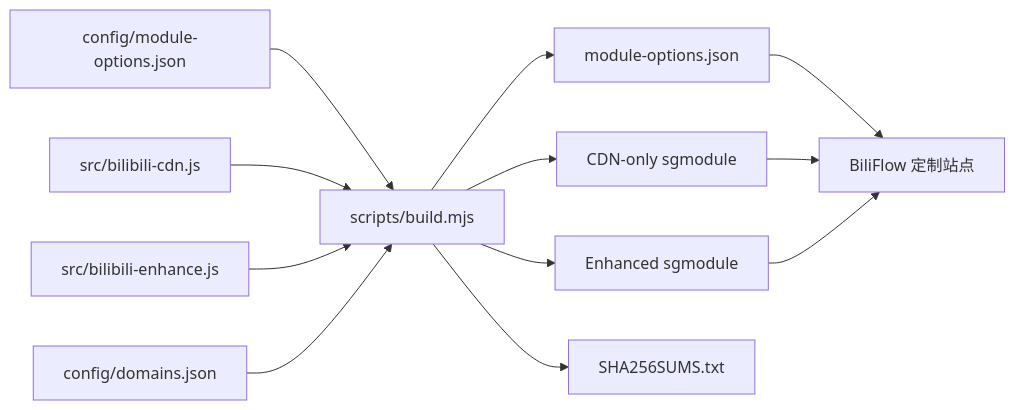
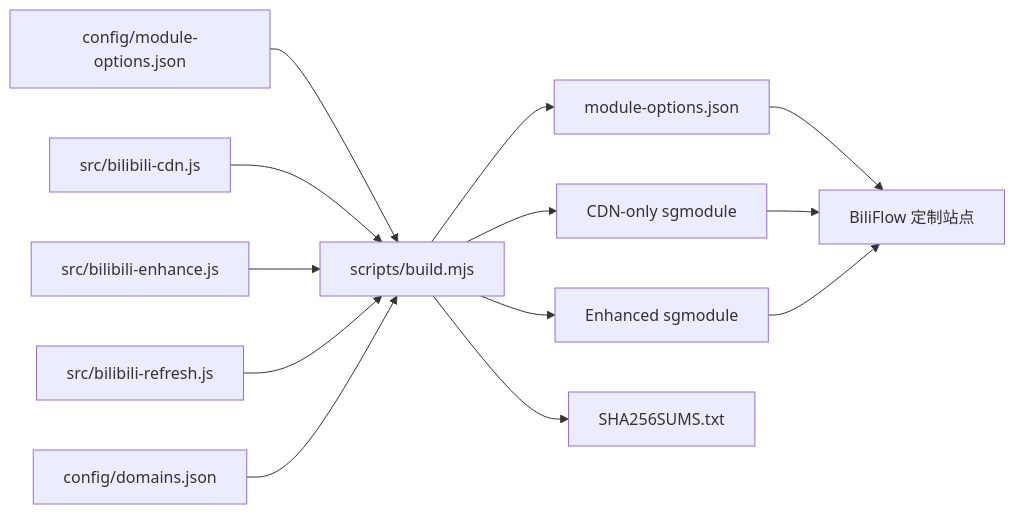
The diagram in docs/V3_ARCHITECTURE.md (STERILITZIA02/IOS_Bilibiliu_CDN_rewrite), drawn with Mermaid before and after one commit. The commit also changed other lines of this file and 32 other files, not shown here.

````diff
--- a/docs/V3_ARCHITECTURE.md
+++ b/docs/V3_ARCHITECTURE.md
@@ -32,14 +34,15 @@
 ```mermaid
 flowchart LR
   A[config/module-options.json] --> B[scripts/build.mjs]
   C[src/bilibili-cdn.js] --> B
   D[src/bilibili-enhance.js] --> B
-  E[config/domains.json] --> B
+  E[src/bilibili-refresh.js] --> B
+  K[config/domains.json] --> B
   B --> F[CDN-only sgmodule]
   B --> G[Enhanced sgmodule]
   B --> H[module-options.json]
   B --> I[SHA256SUMS.txt]
   H --> J[BiliFlow 定制站点]
   F --> J
   G --> J
 ```
````
